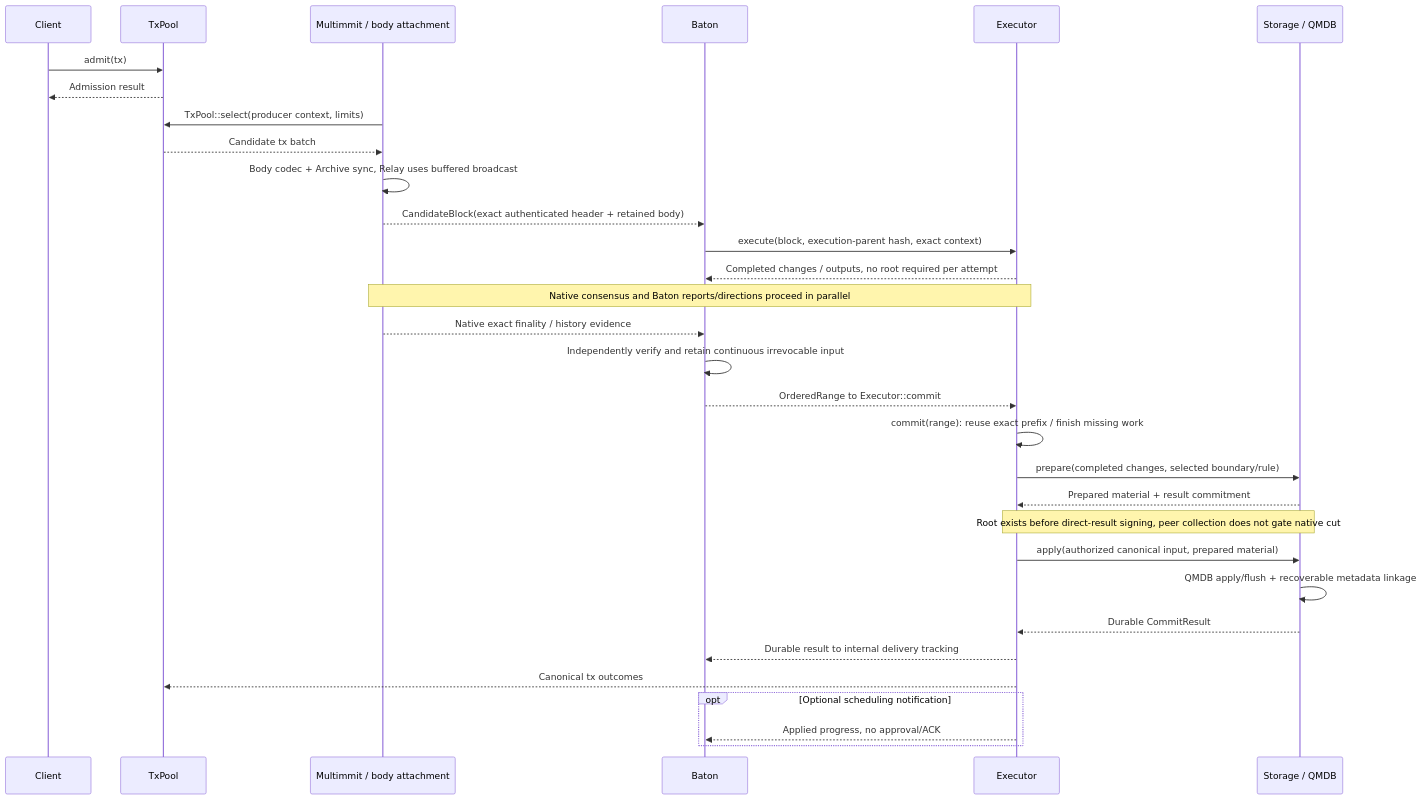
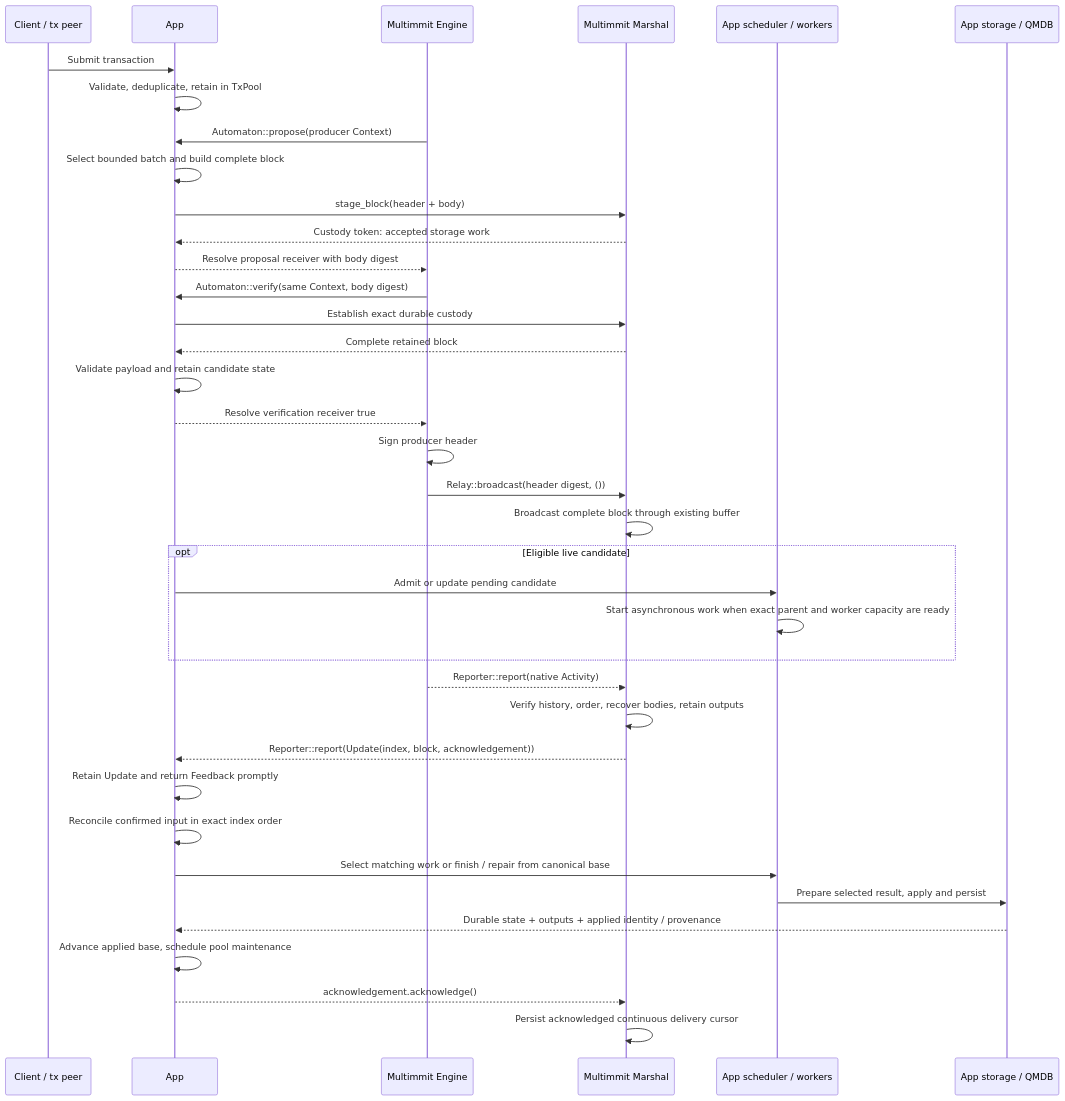
The first of 2 diagrams in docs/e2e/normal.md (djm07073/baton-research), drawn with Mermaid before and after one commit. The commit also changed other lines of this file and 292 other files, not shown here.

Commit message:
docs: redesign Baton around App-owned scheduling

````diff
--- a/docs/e2e/normal.md
+++ b/docs/e2e/normal.md
@@ -7,33 +7,39 @@
 ```mermaid
 sequenceDiagram
-    participant C as Client
-    participant T as TxPool
-    participant N as Multimmit / body attachment
-    participant B as Baton
-    participant E as Executor
-    participant S as Storage / QMDB
-    C->>T: admit(tx)
-    T-->>C: Admission result
-    N->>T: TxPool::select(producer context, limits)
-    T-->>N: Candidate tx batch
-    N->>N: Body codec + Archive sync, Relay uses buffered broadcast
-    N-->>B: CandidateBlock(exact authenticated header + retained body)
-    B->>E: execute(block, execution-parent hash, exact context)
-    E-->>B: Completed changes / outputs, no root required per attempt
-    Note over N,E: Native consensus and Baton reports/directions proceed in parallel
-    N-->>B: Native exact finality / history evidence
-    B->>B: Independently verify and retain continuous irrevocable input
-    B-->>E: OrderedRange to Executor::commit
-    E->>E: commit(range): reuse exact prefix / finish missing work
-    E->>S: prepare(completed changes, selected boundary/rule)
-    S-->>E: Prepared material + result commitment
-    Note over E,S: Root exists before direct-result signing, peer collection does not gate native cut
-    E->>S: apply(authorized canonical input, prepared material)
-    S->>S: QMDB apply/flush + recoverable metadata linkage
-    S-->>E: Durable CommitResult
-    E-->>B: Durable result to internal delivery tracking
-    E-->>T: Canonical tx outcomes
-    opt Optional scheduling notification
-        E-->>B: Applied progress, no approval/ACK
+    participant C as Client / tx peer
+    participant A as App
+    participant N as Multimmit Engine
+    participant M as Multimmit Marshal
+    participant Q as App scheduler / workers
+    participant S as App storage / QMDB
+    C->>A: Submit transaction
+    A->>A: Validate, deduplicate, retain in TxPool
+    N->>A: Automaton::propose(producer Context)
+    A->>A: Select bounded batch and build complete block
+    A->>M: stage_block(header + body)
+    M-->>A: Custody token: accepted storage work
+    A-->>N: Resolve proposal receiver with body digest
+    N->>A: Automaton::verify(same Context, body digest)
+    A->>M: Establish exact durable custody
+    M-->>A: Complete retained block
+    A->>A: Validate payload and retain candidate state
+    A-->>N: Resolve verification receiver true
+    N->>N: Sign producer header
+    N->>M: Relay::broadcast(header digest, ())
+    M->>M: Broadcast complete block through existing buffer
+    opt Eligible live candidate
+        A->>Q: Admit or update pending candidate
+        Q->>Q: Start asynchronous work when exact parent and worker capacity are ready
     end
+    N-->>M: Reporter::report(native Activity)
+    M->>M: Verify history, order, recover bodies, retain outputs
+    M-->>A: Reporter::report(Update(index, block, acknowledgement))
+    A->>A: Retain Update and return Feedback promptly
+    A->>A: Reconcile confirmed input in exact index order
+    A->>Q: Select matching work or finish / repair from canonical base
+    Q->>S: Prepare selected result, apply and persist
+    S-->>A: Durable state + outputs + applied identity / provenance
+    A->>A: Advance applied base, schedule pool maintenance
+    A-->>M: acknowledgement.acknowledge()
+    M->>M: Persist acknowledged continuous delivery cursor
 ```
````
